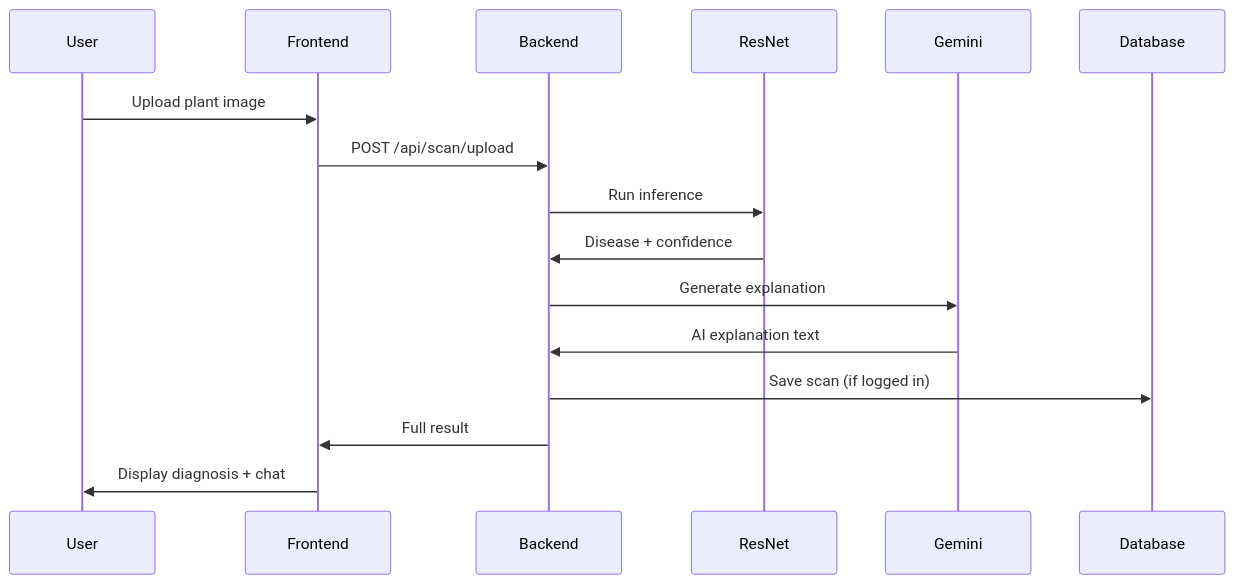
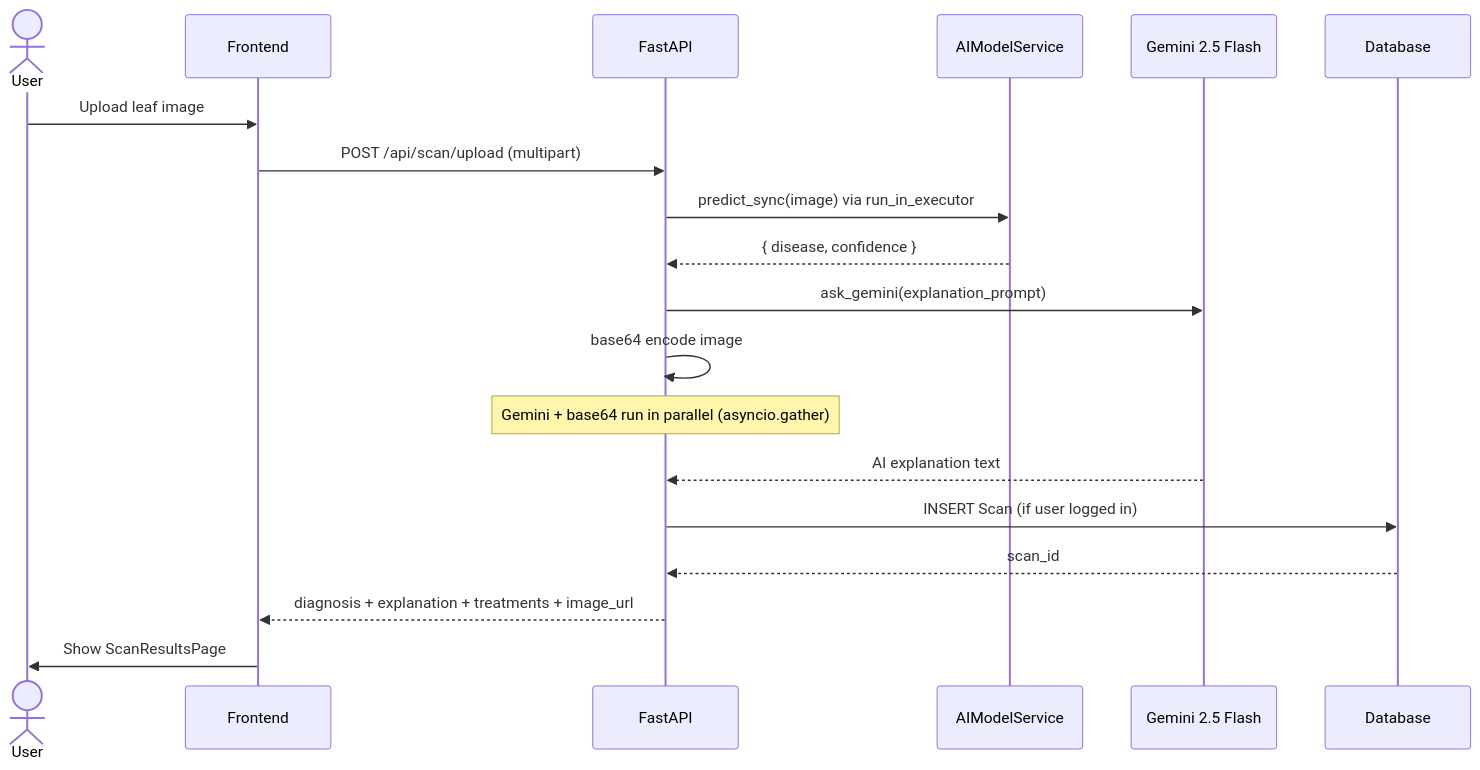
The second of 4 diagrams in README.md (chandu1234678/AgroSight), drawn with Mermaid before and after one commit. The commit also changed other lines of this file, not shown here.

Commit message:
docs: add mermaid architecture, scan flow, ER, and auth diagrams

````diff
--- a/README.md
+++ b/README.md
@@ -61,19 +131,22 @@
 ```mermaid
 sequenceDiagram
-    participant User
-    participant Frontend
-    participant Backend
-    participant ResNet
-    participant Gemini
-    participant Database
+    actor User
+    participant FE as Frontend
+    participant API as FastAPI
+    participant ML as AIModelService
+    participant Gemini as Gemini 2.5 Flash
+    participant DB as Database
 
-    User->>Frontend: Upload plant image
-    Frontend->>Backend: POST /api/scan/upload
-    Backend->>ResNet: Run inference
-    ResNet->>Backend: Disease + confidence
-    Backend->>Gemini: Generate explanation
-    Gemini->>Backend: AI explanation text
-    Backend->>Database: Save scan (if logged in)
-    Backend->>Frontend: Full result
-    Frontend->>User: Display diagnosis + chat
+    User->>FE: Upload leaf image
+    FE->>API: POST /api/scan/upload (multipart)
+    API->>ML: predict_sync(image) via run_in_executor
+    ML-->>API: { disease, confidence }
+    API->>Gemini: ask_gemini(explanation_prompt)
+    API->>API: base64 encode image
+    Note over API: Gemini + base64 run in parallel (asyncio.gather)
+    Gemini-->>API: AI explanation text
+    API->>DB: INSERT Scan (if user logged in)
+    DB-->>API: scan_id
+    API-->>FE: diagnosis + explanation + treatments + image_url
+    FE->>User: Show ScanResultsPage
 ```
````
